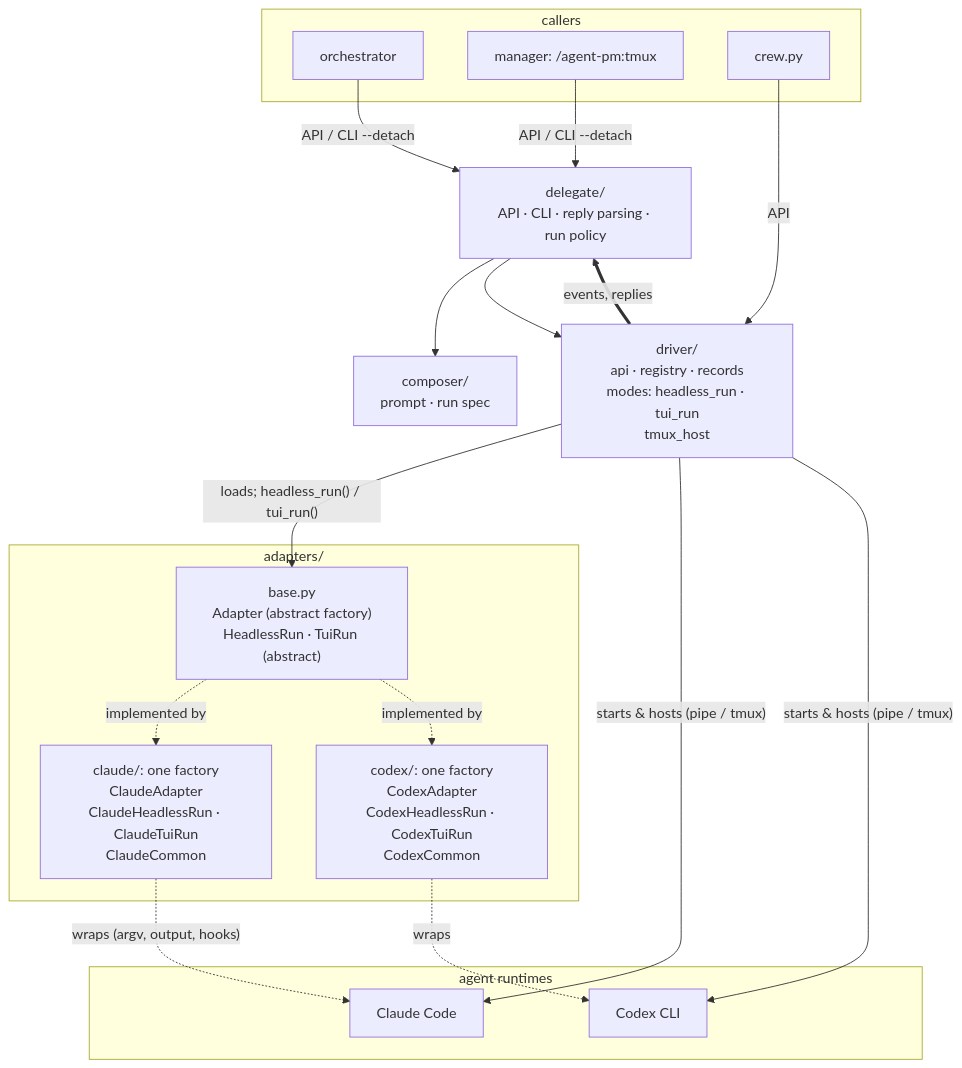
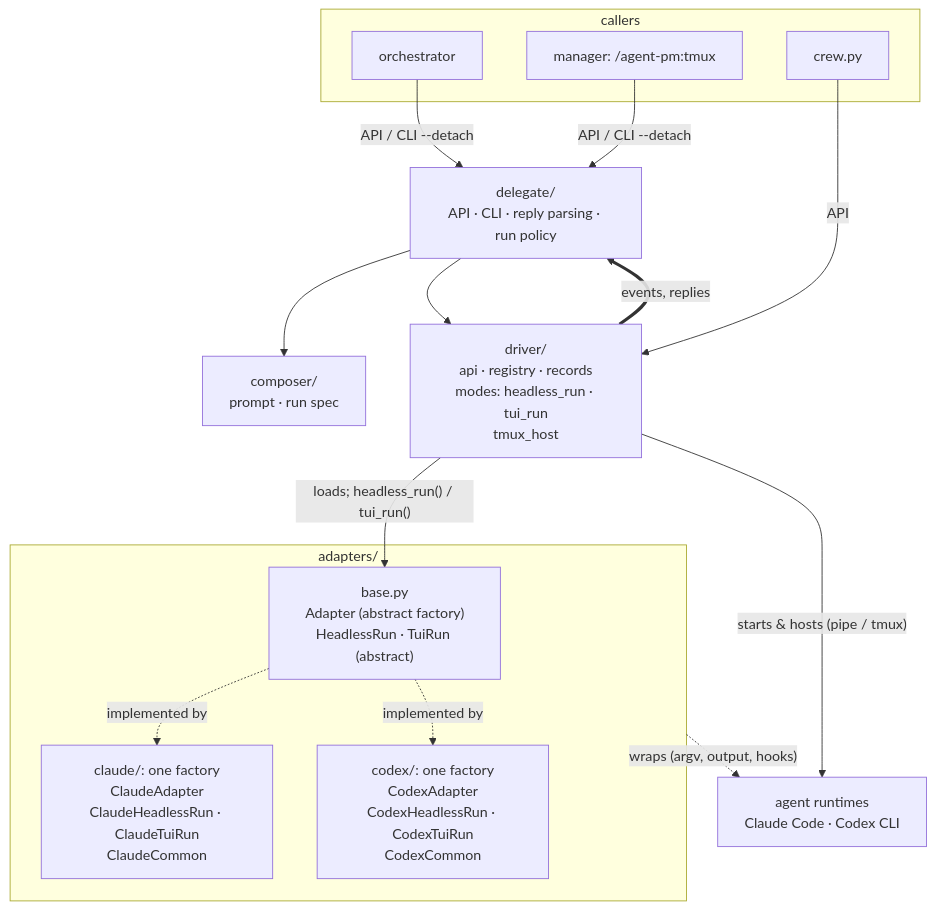
One commit to ophis/agent-pm changed the second of 4 diagrams in README.md. Above: the diagram before and after it, drawn with Mermaid. The commit also changed other lines of this file, not shown here.

Commit message:
README: one runtimes box in the core diagram
Claude-Session: https://claude.ai/code/session_01DWNTKp8E4ZkndBswMuqLEu

````diff
--- a/README.md
+++ b/README.md
@@ -20,29 +20,25 @@
 ```mermaid
 flowchart TB
   subgraph L1[callers]
     O[orchestrator]
     M["manager: /agent-pm:tmux"]
     W[crew.py]
   end
   D["delegate/<br>API · CLI · reply parsing · run policy"]
   C["composer/<br>prompt · run spec"]
   DR["driver/<br>api · registry · records<br>modes: headless_run · tui_run<br>tmux_host"]
   subgraph AD[adapters/]
     B["base.py<br>Adapter (abstract factory)<br>HeadlessRun · TuiRun (abstract)"]
     CL["claude/: one factory<br>ClaudeAdapter<br>ClaudeHeadlessRun · ClaudeTuiRun<br>ClaudeCommon"]
     CX["codex/: one factory<br>CodexAdapter<br>CodexHeadlessRun · CodexTuiRun<br>CodexCommon"]
   end
-  subgraph RT[agent runtimes]
-    P1[Claude Code]
-    P2[Codex CLI]
-  end
+  P["agent runtimes<br>Claude Code · Codex CLI"]
   O & M -->|"API / CLI --detach"| D
   W -->|API| DR
   D --> C & DR
   DR -->|"loads; headless_run() / tui_run()"| B
   B -.->|implemented by| CL & CX
-  DR -->|"starts & hosts (pipe / tmux)"| P1 & P2
+  DR -->|"starts & hosts (pipe / tmux)"| P
   DR ==>|events, replies| D
-  CL -.->|"wraps (argv, output, hooks)"| P1
-  CX -.->|wraps| P2
+  AD -.->|"wraps (argv, output, hooks)"| P
 ```
````
